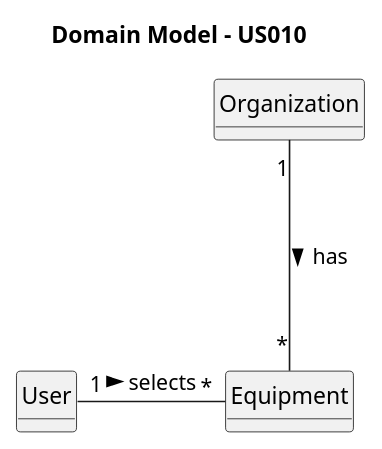
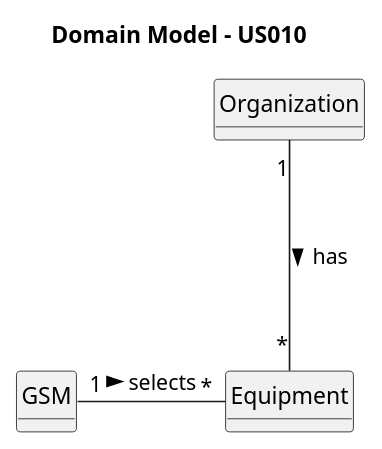
Before and after one commit to SAEmanuel/Green_Spaces_Management_ISEP: the diagram in docs/sprintB/us010/02.analysis/puml/us010-domain-model.puml, drawn with PlantUML. The commit also changed 5 other files, not shown here.

```diff
--- a/docs/sprintB/us010/02.analysis/puml/us010-domain-model.puml
+++ b/docs/sprintB/us010/02.analysis/puml/us010-domain-model.puml
@@ -1,31 +1,31 @@
 @startuml
 skinparam monochrome true
 skinparam packageStyle rectangle
 skinparam shadowing false
 
 'left to right direction
 
 skinparam classAttributeIconSize 0
 
 hide circle
 hide methods
 
 title Domain Model - US010
 
 class Organization {
 }
 
-class User {
+class GSM {
 
 }
 
 class Equipment {
 
 }
 
 Organization "1" --- "*" Equipment: has >
-User "1"- "*" Equipment: selects >
+GSM "1"- "*" Equipment: selects >
 
 
 
 @enduml
```
